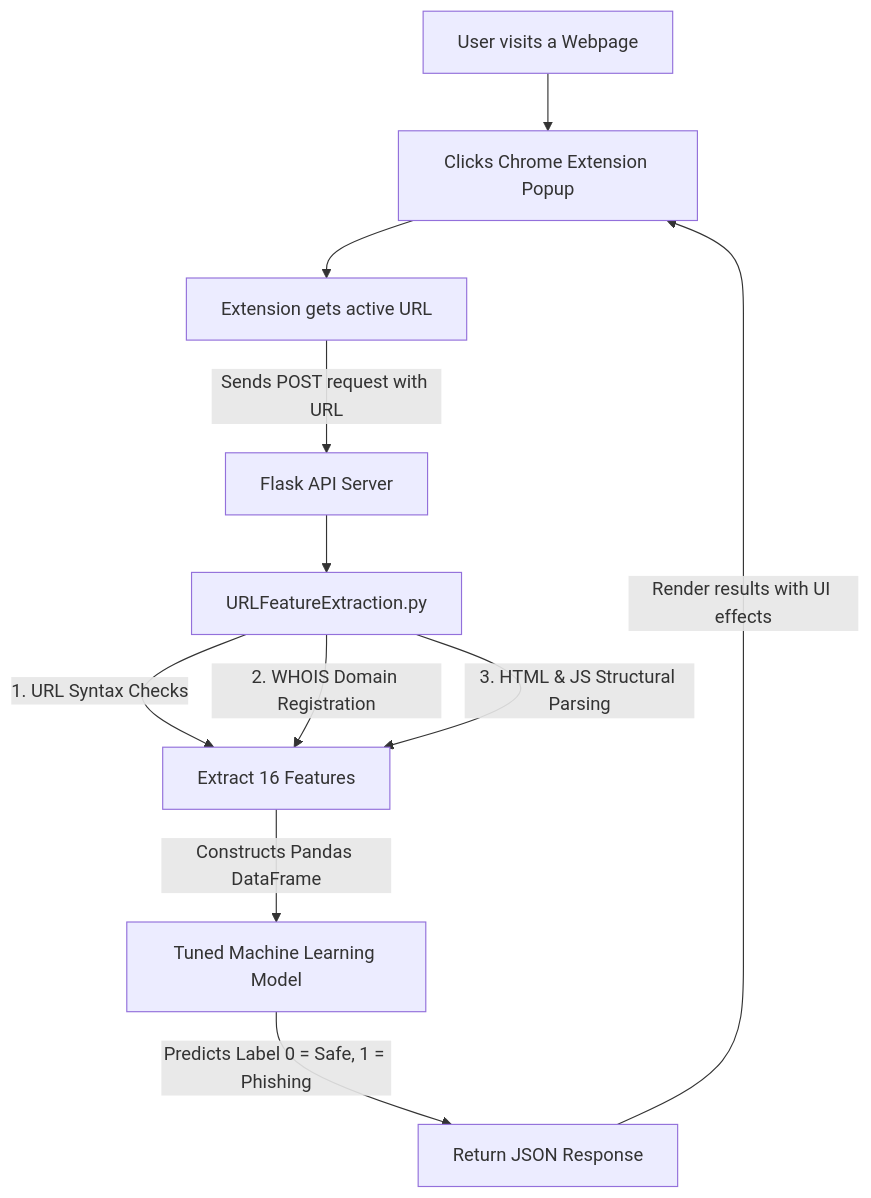
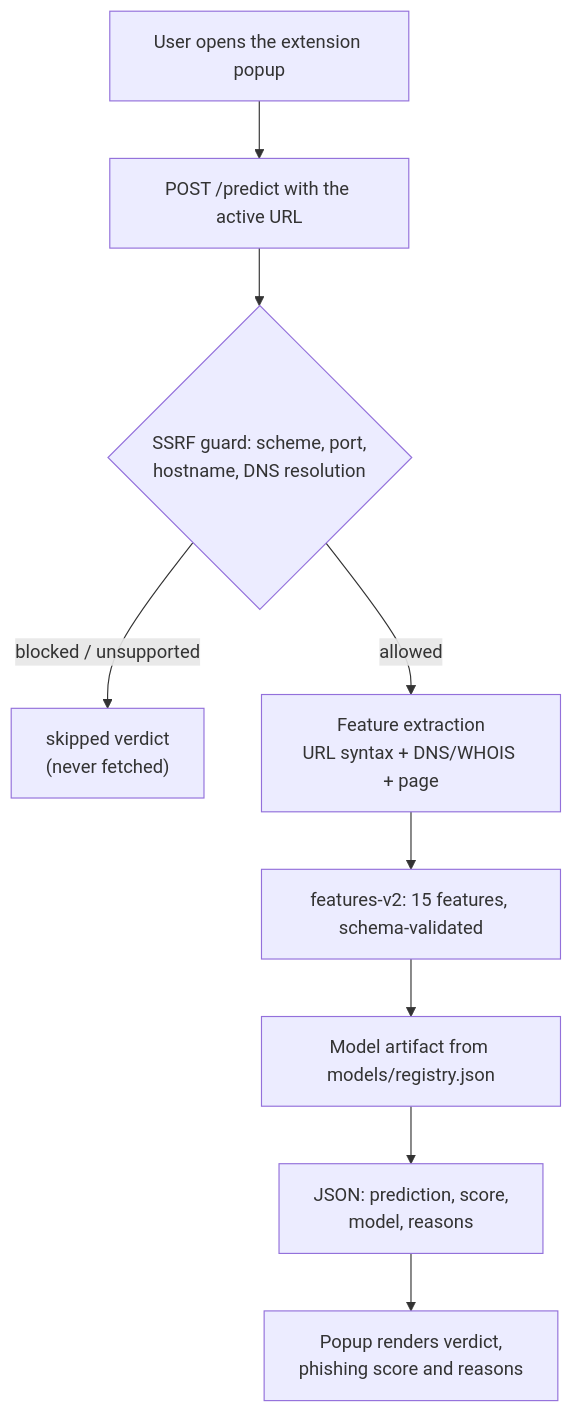
The diagram in README.md (Jayaram5685/phishguard-ai), drawn with Mermaid before and after one commit. The commit also changed other lines of this file and 4 other files, not shown here.

````diff
--- a/README.md
+++ b/README.md
@@ -17,13 +20,11 @@
 ```mermaid
 graph TD
-    A[User visits a Webpage] --> B[Clicks Chrome Extension Popup]
-    B --> C[Extension gets active URL]
-    C -->|Sends POST request with URL| D[Flask API Server]
-    D --> E[URLFeatureExtraction.py]
-    E -->|1. URL Syntax Checks| F[Extract 16 Features]
-    E -->|2. WHOIS Domain Registration| F
-    E -->|3. HTML & JS Structural Parsing| F
-    F -->|Constructs Pandas DataFrame| G[Tuned Machine Learning Model]
-    G -->|Predicts Label 0 = Safe, 1 = Phishing| H[Return JSON Response]
-    H -->|Render results with UI effects| B
+    A[User opens the extension popup] --> B[POST /predict with the active URL]
+    B --> C{SSRF guard: scheme, port,<br/>hostname, DNS resolution}
+    C -->|blocked / unsupported| D["skipped verdict<br/>(never fetched)"]
+    C -->|allowed| E[Feature extraction<br/>URL syntax + DNS/WHOIS + page]
+    E --> F[features-v2: 15 features, schema-validated]
+    F --> G[Model artifact from models/registry.json]
+    G --> H["JSON: prediction, score,<br/>model, reasons"]
+    H --> I[Popup renders verdict,<br/>phishing score and reasons]
 ```
````
